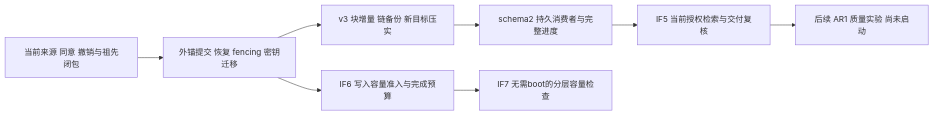
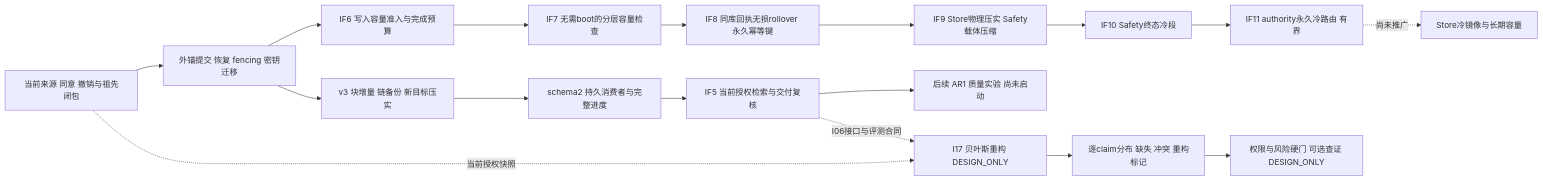
Before and after one commit to saigyujikingyo-png/companion-core: the diagram in docs/AEMC-DEVELOPMENT-STATUS.md, drawn with Mermaid. The commit also changed other lines of this file and 103 other files, not shown here.

````diff
--- a/docs/AEMC-DEVELOPMENT-STATUS.md
+++ b/docs/AEMC-DEVELOPMENT-STATUS.md
@@ -7,10 +7,20 @@
 ```mermaid
 flowchart LR
   A[当前来源 同意 撤销与祖先闭包] --> B[外锚提交 恢复 fencing 密钥迁移]
   B --> C[v3 块增量 链备份 新目标压实]
   C --> D[schema2 持久消费者与完整进度]
   D --> E[IF5 当前授权检索与交付复核]
   B --> F[IF6 写入容量准入与完成预算]
   F --> H[IF7 无需boot的分层容量检查]
+  H --> R[IF8 同库回执无损rollover 永久幂等键]
+  R --> S[IF9 Store物理压实 Safety载体压缩]
+  S --> L[IF10 Safety终态冷段]
+  L --> P[IF11 authority永久冷路由 有界]
+  P -. 尚未推广 .-> X[Store冷镜像与长期容量]
+
   E --> G[后续 AR1 质量实验 尚未启动]
+  A -. 当前授权快照 .-> Q[I17 贝叶斯重构 DESIGN_ONLY]
+  E -. I06接口与评测合同 .-> Q
+  Q --> M[逐claim分布 缺失 冲突 重构标记]
+  M --> V[权限与风险硬门 可选查证 DESIGN_ONLY]
 ```
````
